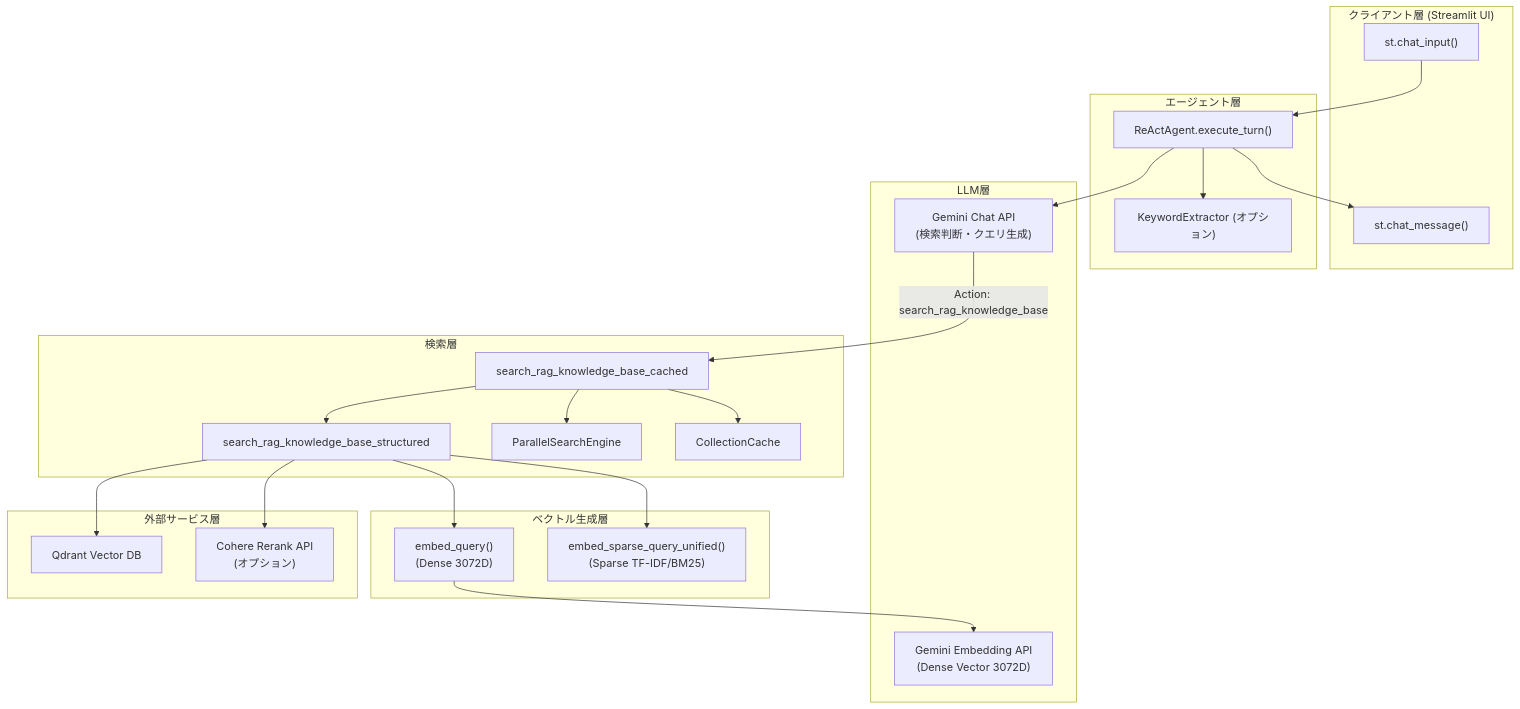
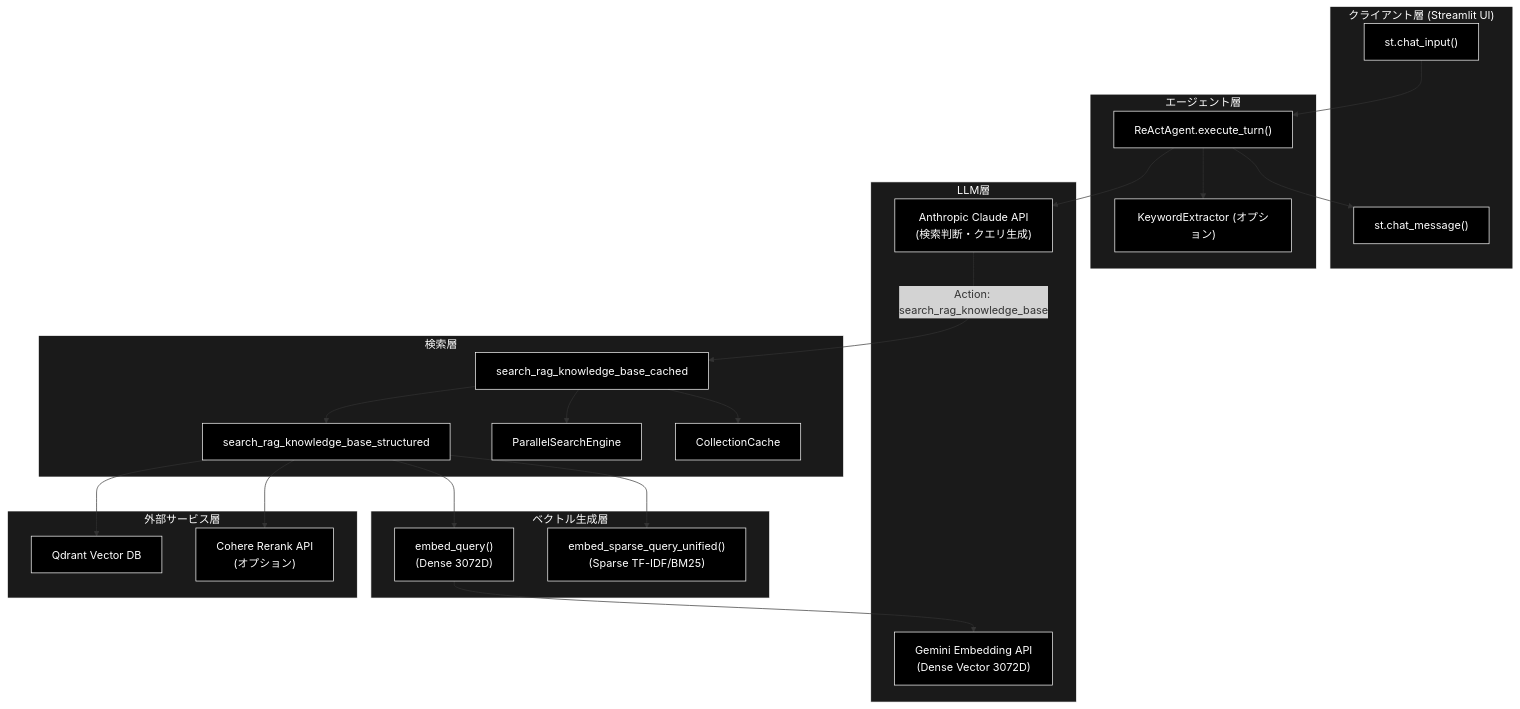
One commit to nakashima2toshio/anthropic_grace_agent_v2 changed the first of 3 diagrams in ui/doc/grace_chat_input_query.md. Above: the diagram before and after it, drawn with Mermaid. The commit also changed other lines of this file and 14 other files, not shown here.

````diff
--- a/ui/doc/grace_chat_input_query.md
+++ b/ui/doc/grace_chat_input_query.md
@@ -100,48 +100,57 @@
 ```mermaid
 flowchart TB
     subgraph CLIENT["クライアント層 (Streamlit UI)"]
         UI_INPUT["st.chat_input()"]
         UI_DISPLAY["st.chat_message()"]
     end
 
     subgraph AGENT["エージェント層"]
         REACT["ReActAgent.execute_turn()"]
         KW["KeywordExtractor (オプション)"]
     end
 
     subgraph LLM_LAYER["LLM層"]
-        GEMINI_CHAT["Gemini Chat API<br/>(検索判断・クエリ生成)"]
+        CLAUDE_CHAT["Anthropic Claude API<br/>(検索判断・クエリ生成)"]
         GEMINI_EMB["Gemini Embedding API<br/>(Dense Vector 3072D)"]
     end
 
     subgraph SEARCH["検索層"]
         CACHED["search_rag_knowledge_base_cached"]
         STRUCTURED["search_rag_knowledge_base_structured"]
         PARALLEL["ParallelSearchEngine"]
         CACHE["CollectionCache"]
     end
 
     subgraph EMBEDDING["ベクトル生成層"]
         DENSE["embed_query()<br/>(Dense 3072D)"]
         SPARSE["embed_sparse_query_unified()<br/>(Sparse TF-IDF/BM25)"]
     end
 
     subgraph EXTERNAL["外部サービス層"]
         QDRANT["Qdrant Vector DB"]
         COHERE["Cohere Rerank API<br/>(オプション)"]
     end
 
     UI_INPUT --> REACT
     REACT --> KW
-    REACT --> GEMINI_CHAT
-    GEMINI_CHAT -->|"Action: search_rag_knowledge_base"| CACHED
+    REACT --> CLAUDE_CHAT
+    CLAUDE_CHAT -->|"Action: search_rag_knowledge_base"| CACHED
     CACHED --> CACHE
     CACHED --> PARALLEL
     CACHED --> STRUCTURED
     STRUCTURED --> DENSE
     STRUCTURED --> SPARSE
     DENSE --> GEMINI_EMB
     STRUCTURED --> QDRANT
     STRUCTURED --> COHERE
     REACT --> UI_DISPLAY
+classDef default fill:#000,stroke:#fff,color:#fff
+classDef subgraphStyle fill:#1a1a1a,stroke:#fff,color:#fff
+class UI_INPUT,UI_DISPLAY,REACT,KW,CLAUDE_CHAT,GEMINI_EMB,CACHED,STRUCTURED,PARALLEL,CACHE,DENSE,SPARSE,QDRANT,COHERE default
+style CLIENT fill:#1a1a1a,stroke:#fff,color:#fff
+style AGENT fill:#1a1a1a,stroke:#fff,color:#fff
+style LLM_LAYER fill:#1a1a1a,stroke:#fff,color:#fff
+style SEARCH fill:#1a1a1a,stroke:#fff,color:#fff
+style EMBEDDING fill:#1a1a1a,stroke:#fff,color:#fff
+style EXTERNAL fill:#1a1a1a,stroke:#fff,color:#fff
 ```
````
